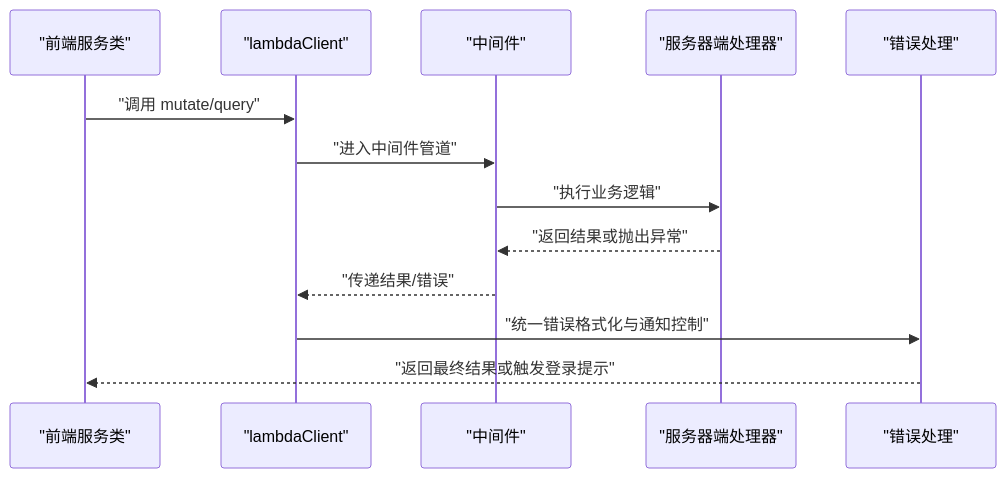
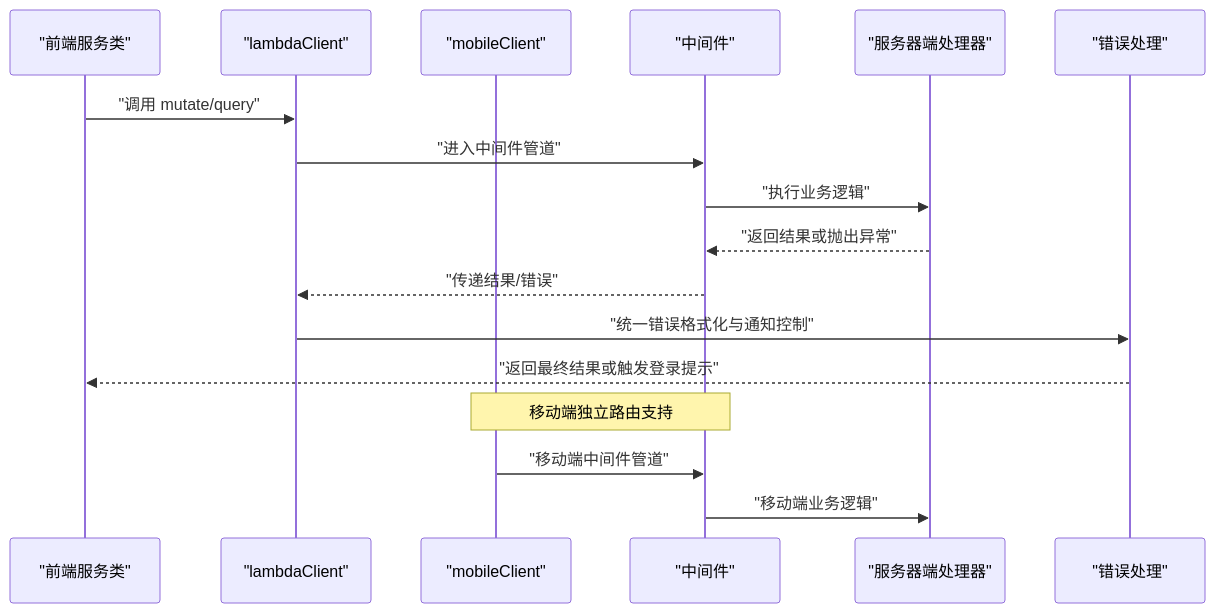
Before and after one commit to AvatoLabs/avato: the second of 12 diagrams in .qoder/repowiki/zh/content/核心功能模块/API 服务层.md, drawn with Mermaid. The commit also changed other lines of this file and 50 other files, not shown here.

````diff
--- a/.qoder/repowiki/zh/content/核心功能模块/API 服务层.md
+++ b/.qoder/repowiki/zh/content/核心功能模块/API 服务层.md
@@ -115,15 +163,19 @@
 ```mermaid
 sequenceDiagram
 participant FE as "前端服务类"
 participant LC as "lambdaClient"
+participant MC as "mobileClient"
 participant MW as "中间件"
 participant SRV as "服务器端处理器"
 participant ERR as "错误处理"
 FE->>LC : "调用 mutate/query"
 LC->>MW : "进入中间件管道"
 MW->>SRV : "执行业务逻辑"
 SRV-->>MW : "返回结果或抛出异常"
 MW-->>LC : "传递结果/错误"
 LC->>ERR : "统一错误格式化与通知控制"
 ERR-->>FE : "返回最终结果或触发登录提示"
+Note over MC,MW : 移动端独立路由支持
+MC->>MW : "移动端中间件管道"
+MW->>SRV : "移动端业务逻辑"
 ```
````
